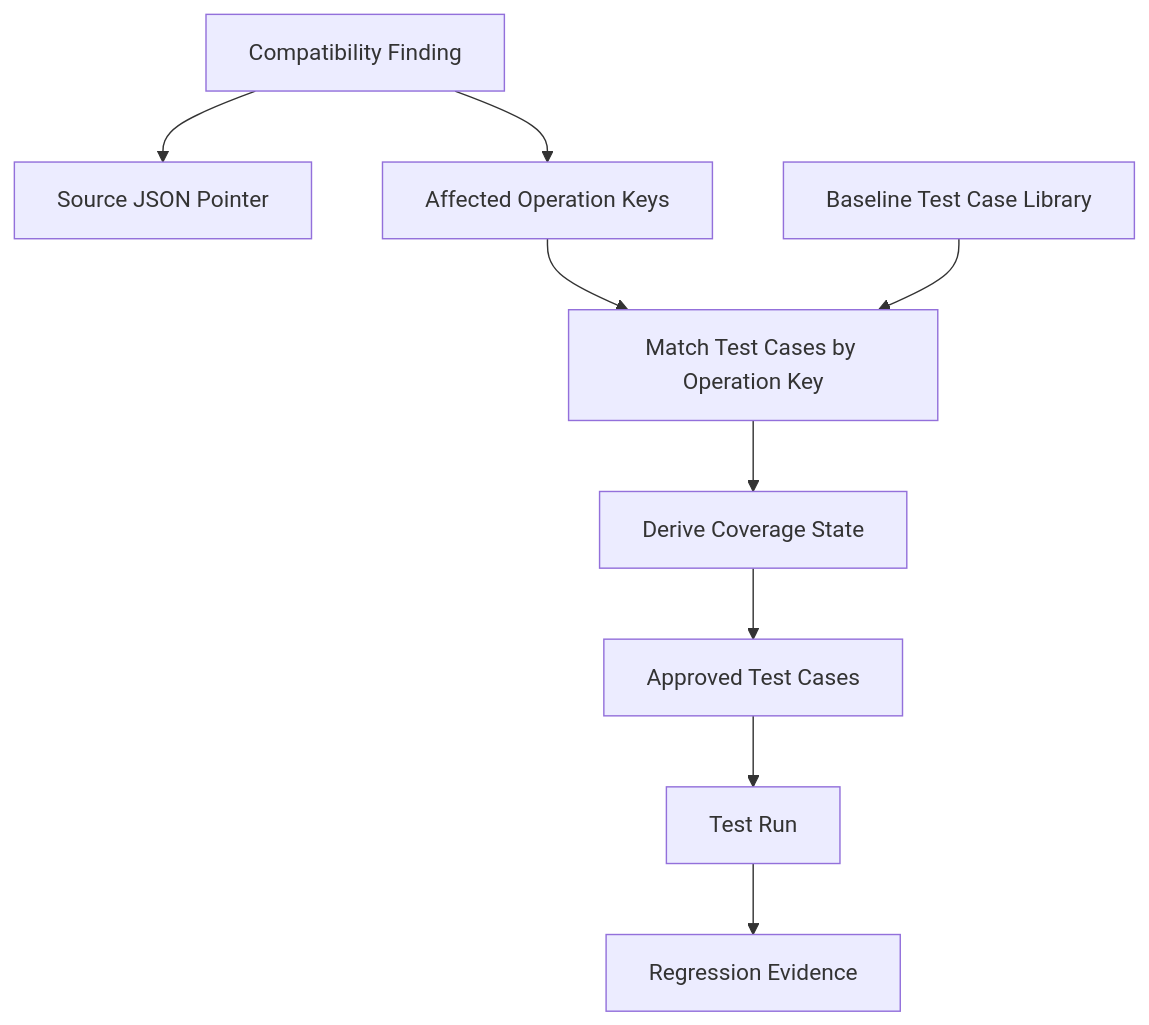
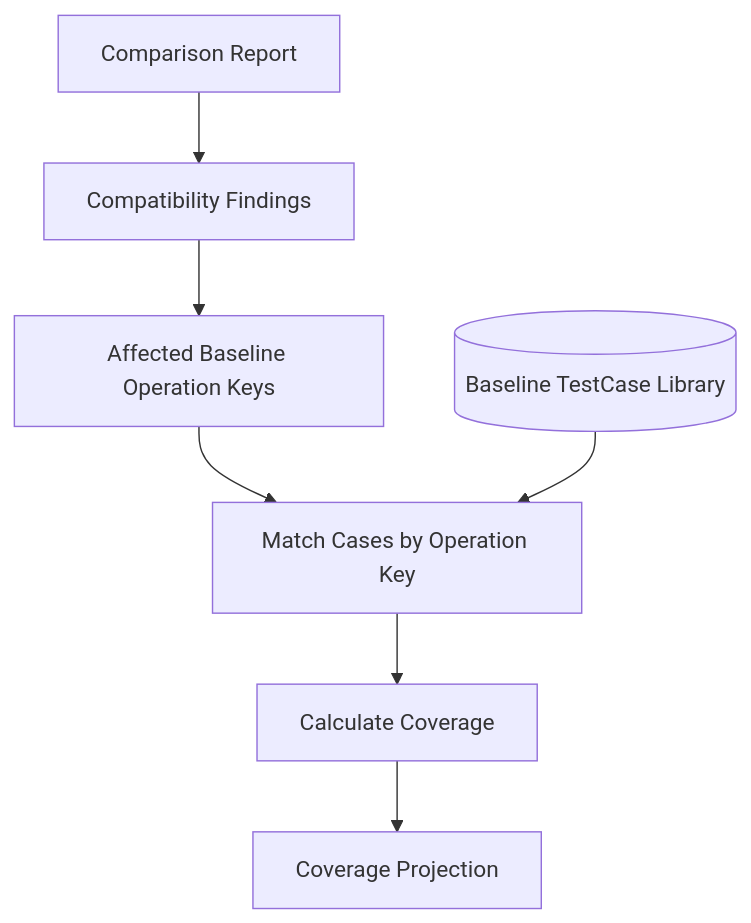
Before and after one commit to Swayam-Aggarwal/ContractGuard: the seventh of 8 diagrams in docs/Architecture.md, drawn with Mermaid. The commit also changed other lines of this file and 32 other files, not shown here.

````diff
--- a/docs/Architecture.md
+++ b/docs/Architecture.md
@@ -679,21 +588,17 @@
 ```mermaid
 flowchart TD
-    Finding["Compatibility Finding"]
-    Location["Source JSON Pointer"]
-    Affected["Affected Operation Keys"]
-    BaselineTests["Baseline Test Case Library"]
-    Match["Match Test Cases by Operation Key"]
-    Coverage["Derive Coverage State"]
-    Approved["Approved Test Cases"]
-    Run["Test Run"]
-    Evidence["Regression Evidence"]
+    REPORT["Comparison Report"]
+    FINDINGS["Compatibility Findings"]
+    AFFECTED["Affected Baseline Operation Keys"]
+    CASES[("Baseline TestCase Library")]
+    MATCH["Match Cases by Operation Key"]
+    CLASSIFY["Calculate Coverage"]
+    RESULT["Coverage Projection"]
 
-    Finding --> Location
-    Finding --> Affected
-    Affected --> Match
-    BaselineTests --> Match
-    Match --> Coverage
-    Coverage --> Approved
-    Approved --> Run
-    Run --> Evidence
+    REPORT --> FINDINGS
+    FINDINGS --> AFFECTED
+    AFFECTED --> MATCH
+    CASES --> MATCH
+    MATCH --> CLASSIFY
+    CLASSIFY --> RESULT
 ```
````
